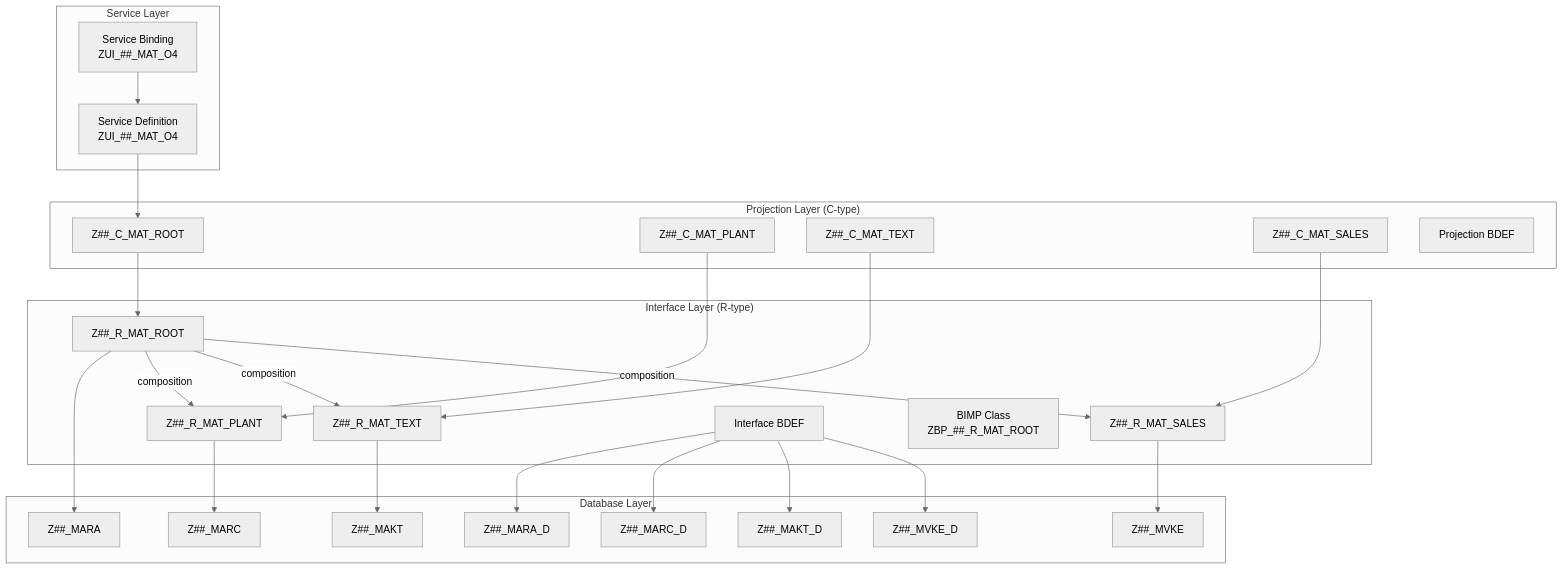
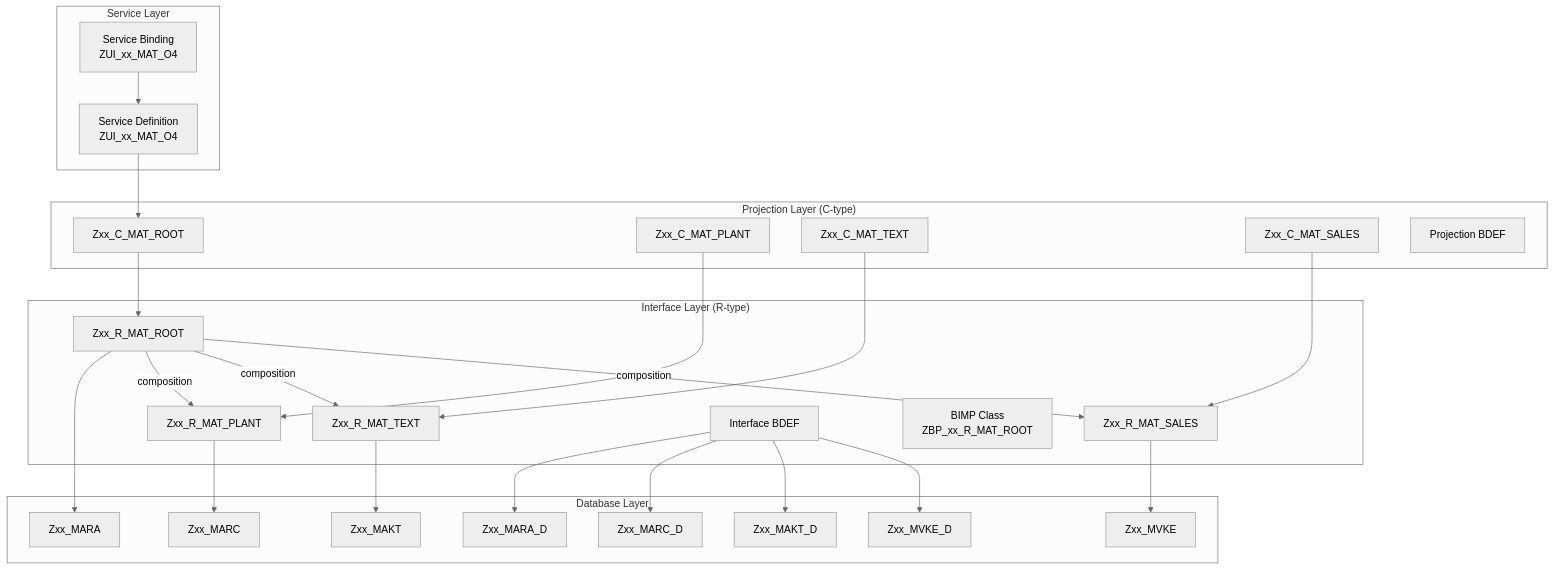
Before and after one commit to fr0ster/cloud-llm-hub: the second of 10 diagrams in docs/tutorials/rap-bo-creation.md, drawn with Mermaid (neutral theme). The commit also changed other lines of this file, not shown here.

Commit message:
fix: replace ## with xx in mermaid diagrams — # is a mermaid special character

````diff
--- a/docs/tutorials/rap-bo-creation.md
+++ b/docs/tutorials/rap-bo-creation.md
@@ -83,54 +83,54 @@
 ```mermaid
 graph TB
     subgraph "Service Layer"
-        SD[Service Definition<br/>ZUI_##_MAT_O4]
-        SB[Service Binding<br/>ZUI_##_MAT_O4]
+        SD[Service Definition<br/>ZUI_xx_MAT_O4]
+        SB[Service Binding<br/>ZUI_xx_MAT_O4]
     end
 
     subgraph "Projection Layer (C-type)"
-        CP_ROOT[Z##_C_MAT_ROOT]
-        CP_PLANT[Z##_C_MAT_PLANT]
-        CP_TEXT[Z##_C_MAT_TEXT]
-        CP_SALES[Z##_C_MAT_SALES]
+        CP_ROOT[Zxx_C_MAT_ROOT]
+        CP_PLANT[Zxx_C_MAT_PLANT]
+        CP_TEXT[Zxx_C_MAT_TEXT]
+        CP_SALES[Zxx_C_MAT_SALES]
         BDEF_P[Projection BDEF]
     end
 
     subgraph "Interface Layer (R-type)"
-        CI_ROOT[Z##_R_MAT_ROOT]
-        CI_PLANT[Z##_R_MAT_PLANT]
-        CI_TEXT[Z##_R_MAT_TEXT]
-        CI_SALES[Z##_R_MAT_SALES]
+        CI_ROOT[Zxx_R_MAT_ROOT]
+        CI_PLANT[Zxx_R_MAT_PLANT]
+        CI_TEXT[Zxx_R_MAT_TEXT]
+        CI_SALES[Zxx_R_MAT_SALES]
         BDEF_I[Interface BDEF]
-        BIMP[BIMP Class<br/>ZBP_##_R_MAT_ROOT]
+        BIMP[BIMP Class<br/>ZBP_xx_R_MAT_ROOT]
     end
 
     subgraph "Database Layer"
-        T_MARA[Z##_MARA]
-        T_MARC[Z##_MARC]
-        T_MAKT[Z##_MAKT]
-        T_MVKE[Z##_MVKE]
-        T_MARA_D[Z##_MARA_D]
-        T_MARC_D[Z##_MARC_D]
-        T_MAKT_D[Z##_MAKT_D]
-        T_MVKE_D[Z##_MVKE_D]
+        T_MARA[Zxx_MARA]
+        T_MARC[Zxx_MARC]
+        T_MAKT[Zxx_MAKT]
+        T_MVKE[Zxx_MVKE]
+        T_MARA_D[Zxx_MARA_D]
+        T_MARC_D[Zxx_MARC_D]
+        T_MAKT_D[Zxx_MAKT_D]
+        T_MVKE_D[Zxx_MVKE_D]
     end
 
     SB --> SD
     SD --> CP_ROOT
     CP_ROOT --> CI_ROOT
     CP_PLANT --> CI_PLANT
     CP_TEXT --> CI_TEXT
     CP_SALES --> CI_SALES
     CI_ROOT --> T_MARA
     CI_PLANT --> T_MARC
     CI_TEXT --> T_MAKT
     CI_SALES --> T_MVKE
     BDEF_I --> T_MARA_D
     BDEF_I --> T_MARC_D
     BDEF_I --> T_MAKT_D
     BDEF_I --> T_MVKE_D
 
     CI_ROOT -- "composition" --> CI_PLANT
     CI_ROOT -- "composition" --> CI_TEXT
     CI_ROOT -- "composition" --> CI_SALES
 ```
````
